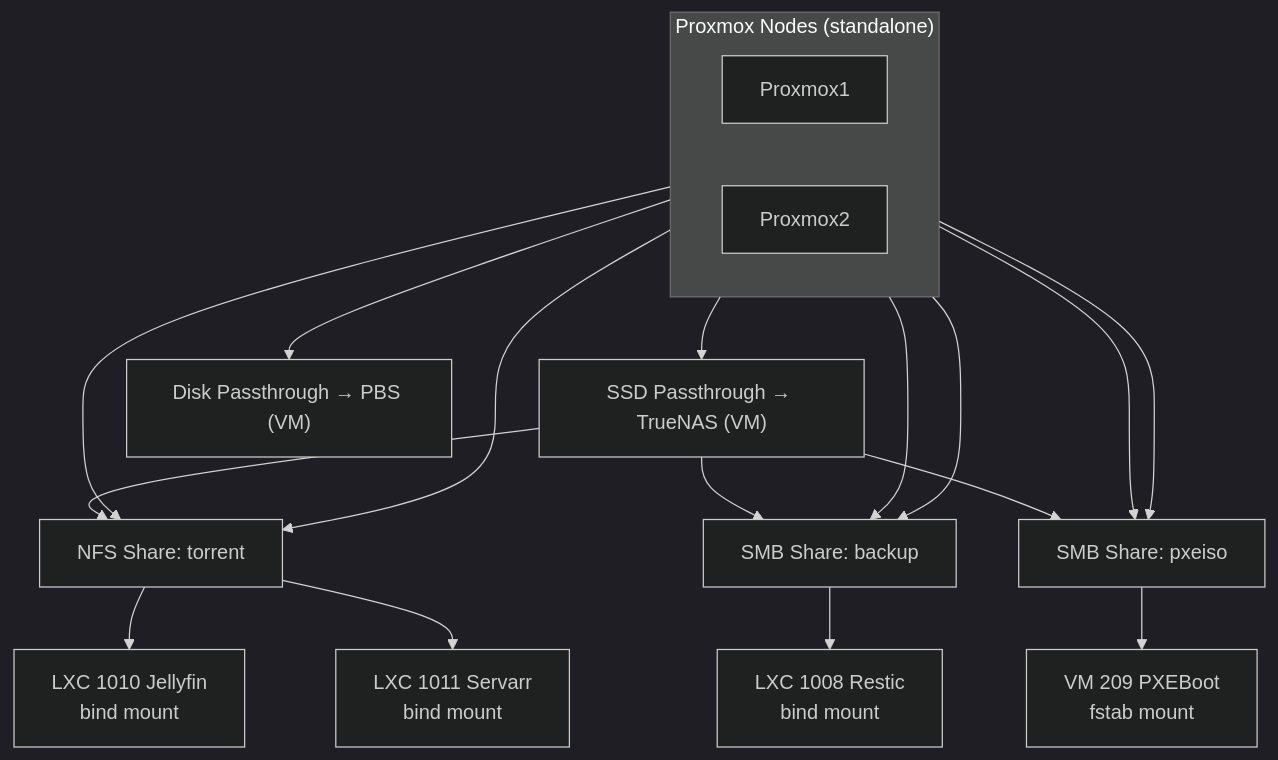
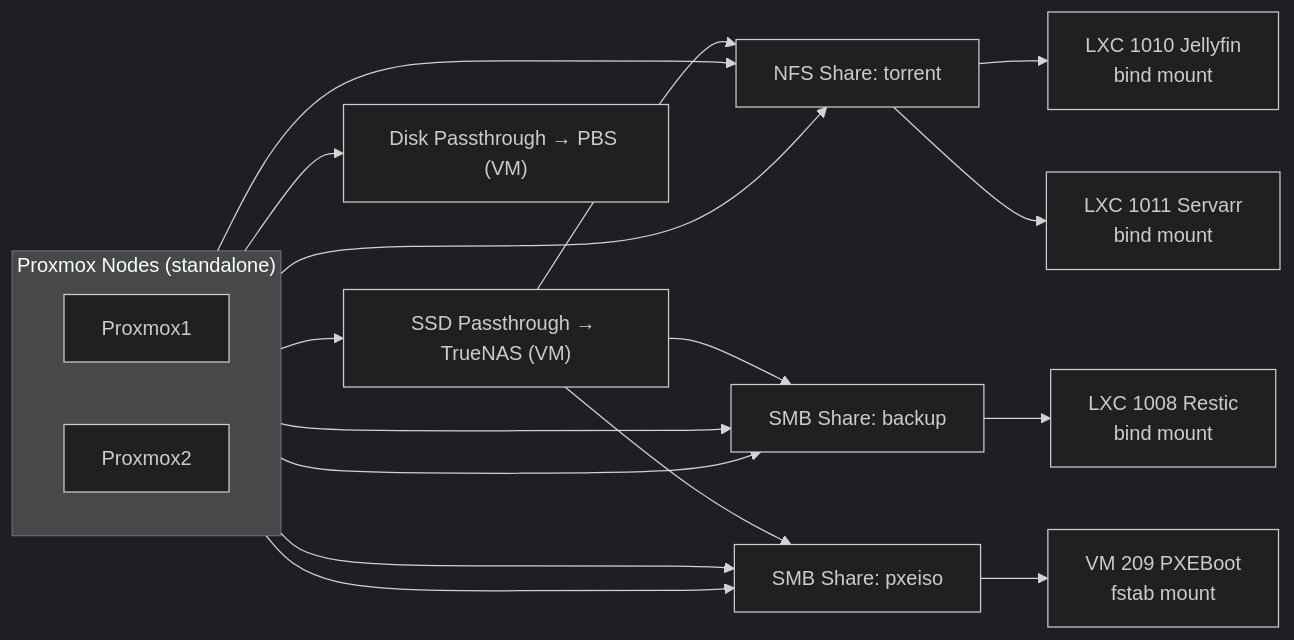
The first of 2 diagrams in 13-Design_Decisions/README_HU.md (torokrolf/homelab), drawn with Mermaid (dark theme) before and after one commit. The commit also changed other lines of this file, not shown here.

````diff
--- a/13-Design_Decisions/README_HU.md
+++ b/13-Design_Decisions/README_HU.md
@@ -3,43 +3,45 @@
 ```mermaid
-flowchart TB
+flowchart LR
+    %% Smooth lines
+    linkStyle default interpolate basis
 
     %% Top row: Proxmox nodes side by side
     subgraph PROXMOX["Proxmox Nodes (standalone)"]
         direction LR
         PVE1["Proxmox1"]
         PVE2["Proxmox2"]
     end
 
     %% Passthrough disks going directly to VMs
     SSD_TRUENAS["SSD Passthrough → TrueNAS (VM)"]
     SSD_PBS["Disk Passthrough → PBS (VM)"]
 
     %% Passthrough connections
     PVE2 --> SSD_TRUENAS
     PVE2 --> SSD_PBS
 
     %% TrueNAS storage exports
     SSD_TRUENAS --> NFS["NFS Share: torrent"]
     SSD_TRUENAS --> SMB1["SMB Share: backup"]
     SSD_TRUENAS --> SMB2["SMB Share: pxeiso"]
 
     %% Both Proxmox nodes mount the shares
     PVE1 --> NFS
     PVE1 --> SMB1
     PVE1 --> SMB2
 
     PVE2 --> NFS
     PVE2 --> SMB1
     PVE2 --> SMB2
 
     %% Consumers
     JELLY["LXC 1010 Jellyfin\nbind mount"]
     SERVARR["LXC 1011 Servarr\nbind mount"]
     RESTIC["LXC 1008 Restic\nbind mount"]
     PXEVM["VM 209 PXEBoot\nfstab mount"]
 
     NFS --> JELLY
     NFS --> SERVARR
     SMB1 --> RESTIC
     SMB2 --> PXEVM
 ```
````
